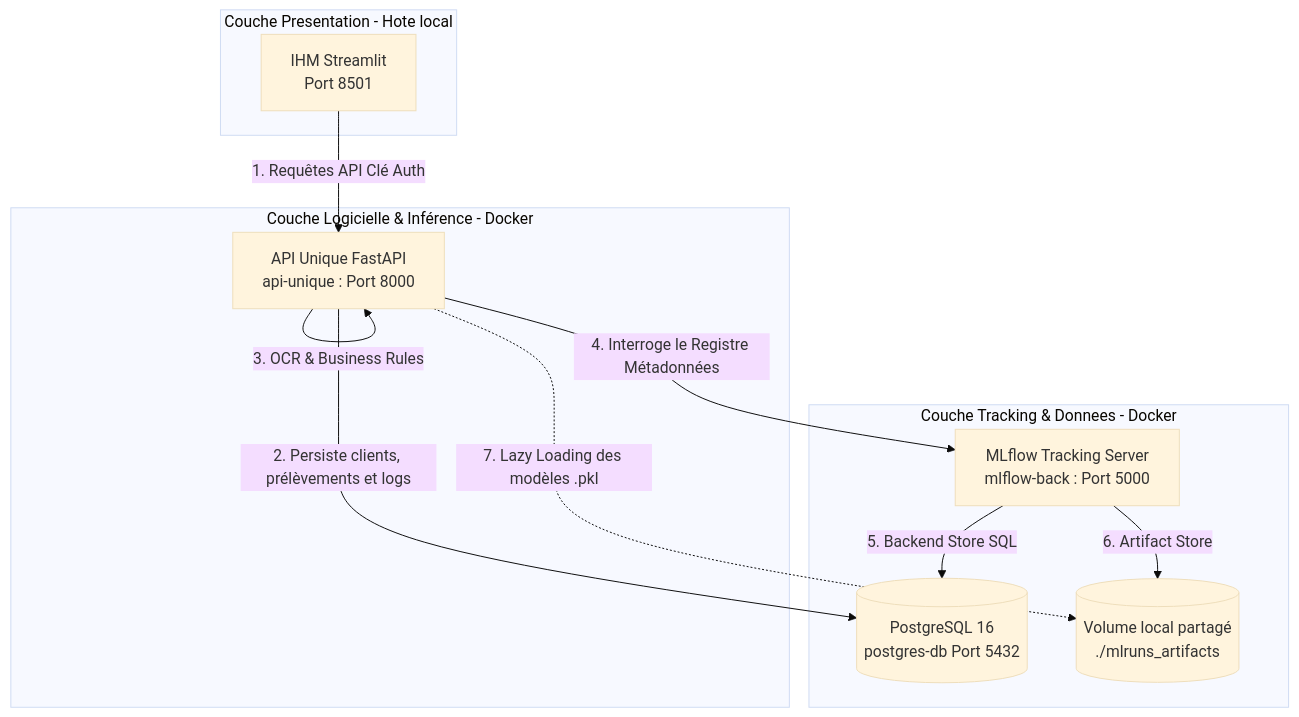
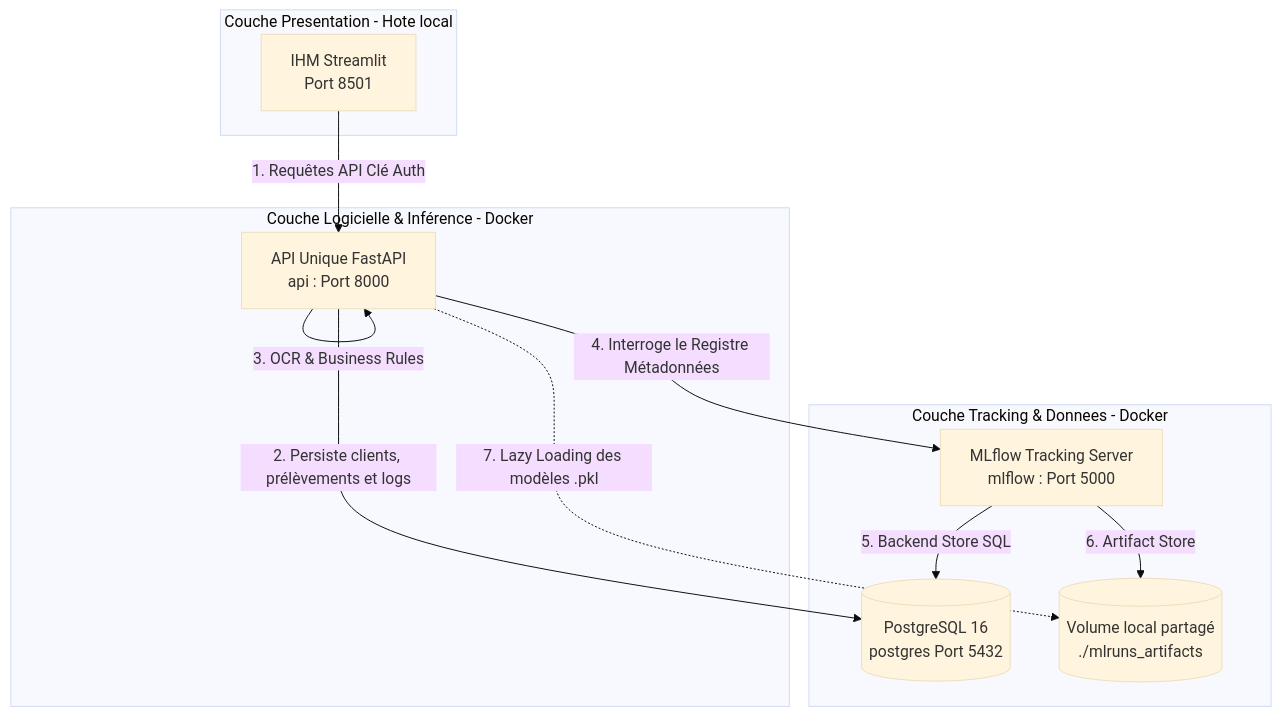
One commit to bruno-coulet/drink_safe changed the diagram in docs/archi.md. Above: the diagram before and after it, drawn with Mermaid (base theme). The commit also changed 31 other files, not shown here.

````diff
--- a/docs/archi.md
+++ b/docs/archi.md
@@ -13,25 +13,25 @@
 ```mermaid
 graph TD
     subgraph Presentation [Couche Presentation - Hote local]
         UI[IHM Streamlit<br/>Port 8501]
     end
 
     subgraph API [Couche Logicielle & Inférence - Docker]
-        FastAPI[API Unique FastAPI<br/>api-unique : Port 8000]
+        FastAPI[API Unique FastAPI<br/>api : Port 8000]
     end
 
     subgraph MLOps [Couche Tracking & Donnees - Docker]
-        MLflow[MLflow Tracking Server<br/>mlflow-back : Port 5000]
-        Postgres[(PostgreSQL 16<br/>postgres-db  Port 5432)]
+        MLflow[MLflow Tracking Server<br/>mlflow : Port 5000]
+        Postgres[(PostgreSQL 16<br/>postgres  Port 5432)]
         Vols[(Volume local partagé<br/>./mlruns_artifacts)]
     end
 
     %% Flux et connexions
     UI -->|1. Requêtes API Clé Auth| FastAPI
     FastAPI -->|2. Persiste clients, prélèvements et logs| Postgres
     FastAPI -->|3. OCR & Business Rules| FastAPI
     FastAPI -->|4. Interroge le Registre Métadonnées| MLflow
     MLflow -->|5. Backend Store SQL| Postgres
     MLflow -->|6. Artifact Store| Vols
     FastAPI -.->|7. Lazy Loading des modèles .pkl| Vols
 ```
````
